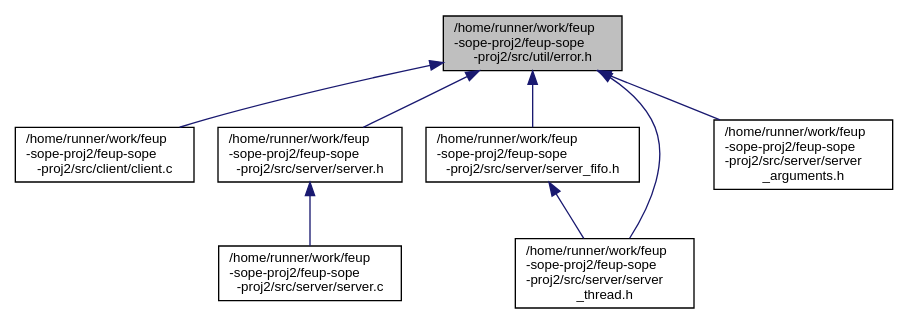
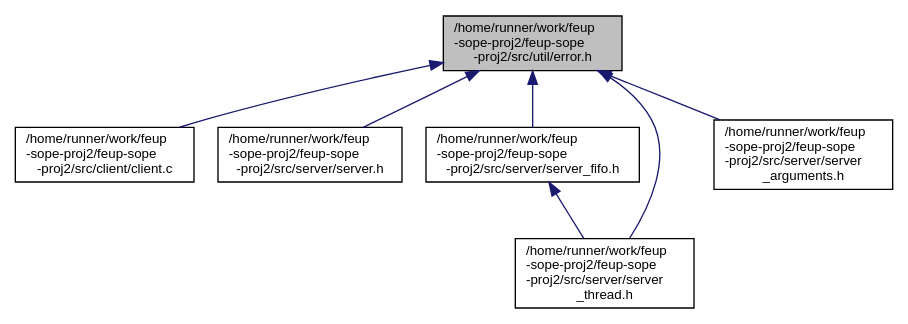
Before and after one commit to ctrlMarcio/feup-sope-proj2: the diagram in error_8h__dep__incl.dot, drawn with Graphviz. The commit also changed 43 other files, not shown here.

```diff
--- a/error_8h__dep__incl.dot
+++ b/error_8h__dep__incl.dot
@@ -1,19 +1,17 @@
 digraph "/home/runner/work/feup-sope-proj2/feup-sope-proj2/src/util/error.h"
 {
   edge [fontname="Helvetica",fontsize="10",labelfontname="Helvetica",labelfontsize="10"];
   node [fontname="Helvetica",fontsize="10",shape=record];
   Node1 [label="/home/runner/work/feup\l-sope-proj2/feup-sope\l-proj2/src/util/error.h",height=0.2,width=0.4,color="black", fillcolor="grey75", style="filled", fontcolor="black"];
   Node1 -> Node2 [dir="back",color="midnightblue",fontsize="10",style="solid",fontname="Helvetica"];
   Node2 [label="/home/runner/work/feup\l-sope-proj2/feup-sope\l-proj2/src/client/client.c",height=0.2,width=0.4,color="black", fillcolor="white", style="filled",URL="$client_8c.html",tooltip="Runs the main client operations. "];
   Node1 -> Node3 [dir="back",color="midnightblue",fontsize="10",style="solid",fontname="Helvetica"];
   Node3 [label="/home/runner/work/feup\l-sope-proj2/feup-sope\l-proj2/src/server/server.h",height=0.2,width=0.4,color="black", fillcolor="white", style="filled",URL="$server_8h.html",tooltip="Methods related to the server side. "];
-  Node3 -> Node4 [dir="back",color="midnightblue",fontsize="10",style="solid",fontname="Helvetica"];
-  Node4 [label="/home/runner/work/feup\l-sope-proj2/feup-sope\l-proj2/src/server/server.c",height=0.2,width=0.4,color="black", fillcolor="white", style="filled",URL="$server_8c.html",tooltip="Executes the operations related to server sided problems. "];
+  Node1 -> Node4 [dir="back",color="midnightblue",fontsize="10",style="solid",fontname="Helvetica"];
+  Node4 [label="/home/runner/work/feup\l-sope-proj2/feup-sope\l-proj2/src/server/server_fifo.h",height=0.2,width=0.4,color="black", fillcolor="white", style="filled",URL="$server__fifo_8h.html",tooltip="Methods related to FIFO handling. "];
+  Node4 -> Node5 [dir="back",color="midnightblue",fontsize="10",style="solid",fontname="Helvetica"];
+  Node5 [label="/home/runner/work/feup\l-sope-proj2/feup-sope\l-proj2/src/server/server\l_thread.h",height=0.2,width=0.4,color="black", fillcolor="white", style="filled",URL="$server__thread_8h.html",tooltip="Methods related to thread handling. "];
   Node1 -> Node5 [dir="back",color="midnightblue",fontsize="10",style="solid",fontname="Helvetica"];
-  Node5 [label="/home/runner/work/feup\l-sope-proj2/feup-sope\l-proj2/src/server/server_fifo.h",height=0.2,width=0.4,color="black", fillcolor="white", style="filled",URL="$server__fifo_8h.html",tooltip="Methods related to FIFO handling. "];
-  Node5 -> Node6 [dir="back",color="midnightblue",fontsize="10",style="solid",fontname="Helvetica"];
-  Node6 [label="/home/runner/work/feup\l-sope-proj2/feup-sope\l-proj2/src/server/server\l_thread.h",height=0.2,width=0.4,color="black", fillcolor="white", style="filled",URL="$server__thread_8h.html",tooltip="Methods related to thread handling. "];
   Node1 -> Node6 [dir="back",color="midnightblue",fontsize="10",style="solid",fontname="Helvetica"];
-  Node1 -> Node7 [dir="back",color="midnightblue",fontsize="10",style="solid",fontname="Helvetica"];
-  Node7 [label="/home/runner/work/feup\l-sope-proj2/feup-sope\l-proj2/src/server/server\l_arguments.h",height=0.2,width=0.4,color="black", fillcolor="white", style="filled",URL="$server__arguments_8h.html",tooltip="Methods related to argument handling. "];
+  Node6 [label="/home/runner/work/feup\l-sope-proj2/feup-sope\l-proj2/src/server/server\l_arguments.h",height=0.2,width=0.4,color="black", fillcolor="white", style="filled",URL="$server__arguments_8h.html",tooltip="Methods related to argument handling. "];
 }
```
